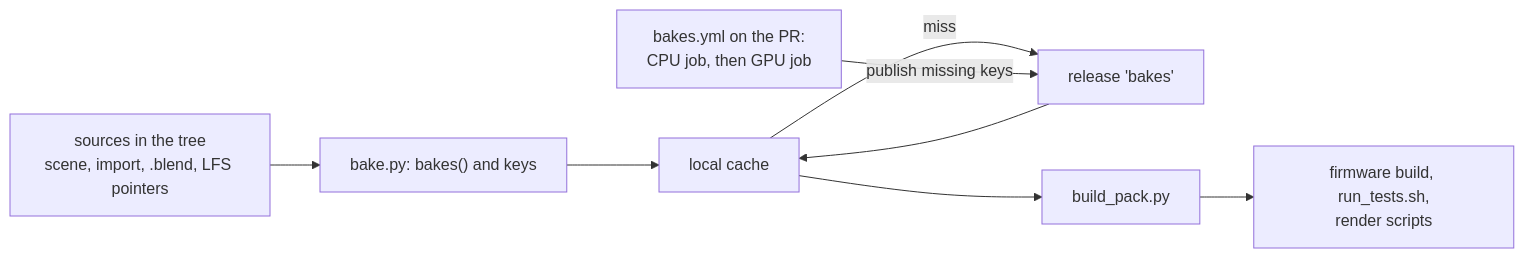
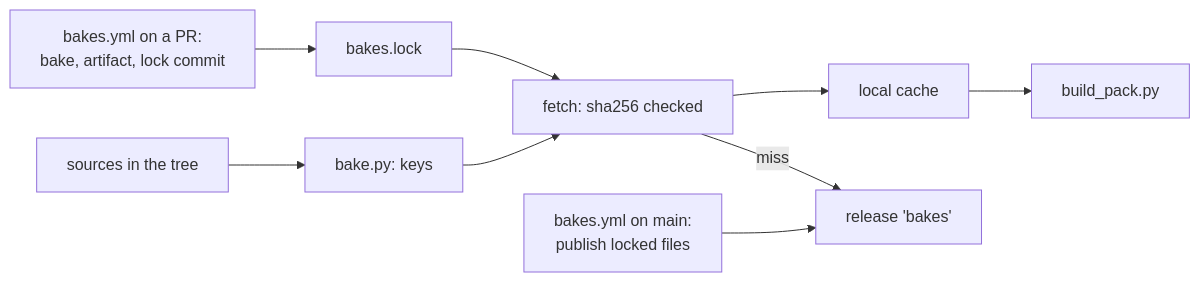
One commit to jose-villegas/autana changed the diagram in docs/plans/Cached-Bakes-Design-Sketch.md. Above: the diagram before and after it, drawn with Mermaid. The commit also changed other lines of this file, not shown here.

Commit message:
docs: cached bakes sketch after Rendering's review: lock, staged keys, one key owner

````diff
--- a/docs/plans/Cached-Bakes-Design-Sketch.md
+++ b/docs/plans/Cached-Bakes-Design-Sketch.md
@@ -73,10 +100,11 @@
 ```mermaid
 flowchart LR
-    Src["sources in the tree<br/>scene, import, .blend, LFS pointers"] --> Key["bake.py: bakes() and keys"]
-    Key --> Local["local cache"]
-    Local -- miss --> Rel["release 'bakes'"]
-    Rel --> Local
+    Src["sources in the tree"] --> Key["bake.py: keys"]
+    Lock["bakes.lock"] --> Fetch["fetch: sha256 checked"]
+    Key --> Fetch
+    Fetch --> Local["local cache"]
+    Fetch -- miss --> Rel["release 'bakes'"]
     Local --> Pack["build_pack.py"]
-    Pack --> Use["firmware build, run_tests.sh,<br/>render scripts"]
-    CI["bakes.yml on the PR:<br/>CPU job, then GPU job"] -- publish missing keys --> Rel
+    PR["bakes.yml on a PR:<br/>bake, artifact, lock commit"] --> Lock
+    Main["bakes.yml on main:<br/>publish locked files"] --> Rel
 ```
````
